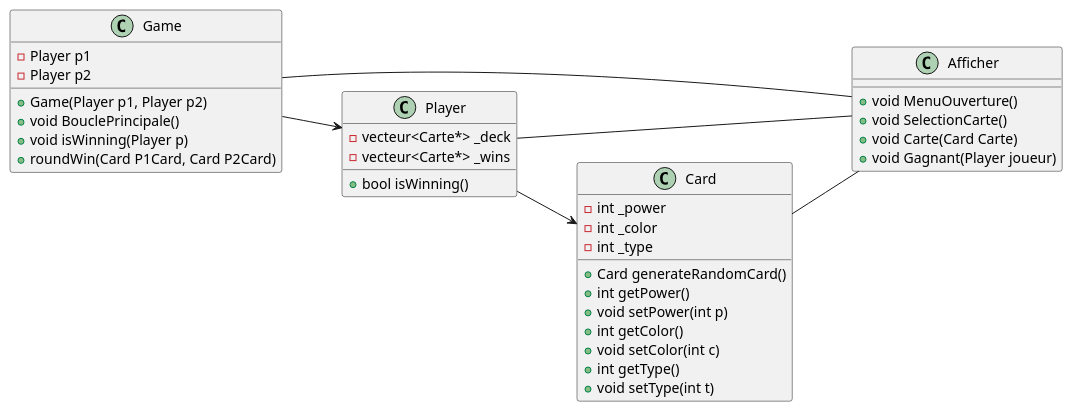
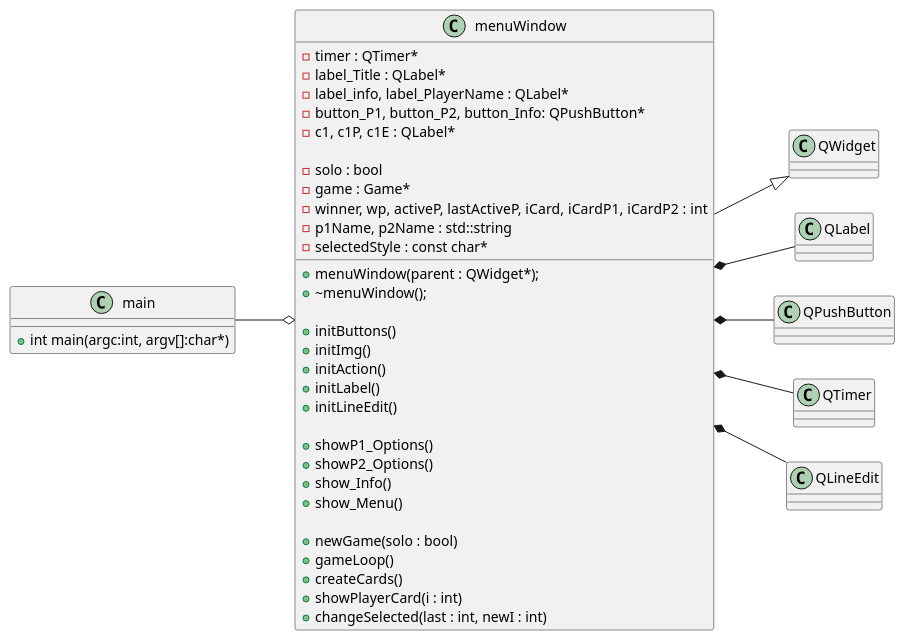
The diagram in UML/Classes.plantuml (mazacra/CardJistu), drawn with PlantUML before and after one commit. The commit also changed 11 other files, not shown here.

```diff
--- a/UML/Classes.plantuml
+++ b/UML/Classes.plantuml
@@ -1,50 +1,60 @@
 @startuml Classes
 left to right direction
 
-class Afficher{
-    + void MenuOuverture()
-    + void SelectionCarte()
-    + void Carte(Card Carte)
-    + void Gagnant(Player joueur)
-
+class main{
+    + int main(argc:int, argv[]:char*)
 }
 
-class Game{
-    - Player p1
-    - Player p2
+class menuWindow{
+    - timer : QTimer*
+	- label_Title : QLabel*
+	- label_info, label_PlayerName : QLabel* 
+	- button_P1, button_P2, button_Info: QPushButton*
+	- c1, c1P, c1E : QLabel* 
 
-    + Game(Player p1, Player p2)
-    + void BouclePrincipale()
-    + void isWinning(Player p)
-    + roundWin(Card P1Card, Card P2Card)
+	- solo : bool
+	- game : Game*
+	- winner, wp, activeP, lastActiveP, iCard, iCardP1, iCardP2 : int
+	- p1Name, p2Name : std::string
+	- selectedStyle : const char*
+
+    + menuWindow(parent : QWidget*);
+	+ ~menuWindow();
+
+	+ initButtons()
+	+ initImg()
+	+ initAction()
+	+ initLabel()
+	+ initLineEdit()
+
+	+ showP1_Options()
+	+ showP2_Options()
+	+ show_Info()
+	+ show_Menu()
+
+	+ newGame(solo : bool)
+	+ gameLoop()
+	+ createCards()
+	+ showPlayerCard(i : int)
+	+ changeSelected(last : int, newI : int)
 }
 
-class Card{
-    - int _power
-    - int _color
-    - int _type
-
-    + Card generateRandomCard()
-    + int getPower()
-    + void setPower(int p)
-    + int getColor()
-    + void setColor(int c)
-    + int getType()
-    + void setType(int t)
+class QWidget{
+}
+class QLabel{
+}
+class QPushButton{
+}
+class QTimer{
+}
+class QLineEdit{
 }
 
-class Player{
-    - vecteur<Carte*> _deck
-    - vecteur<Carte*> _wins
-
-    + bool isWinning()
-}
-
-Player --> Card
-Game --> Player
-
-Game -- Afficher
-Card -- Afficher
-Player -- Afficher
+main --o menuWindow
+menuWindow *-- QTimer
+menuWindow *-- QPushButton
+menuWindow *-- QLineEdit
+menuWindow *-- QLabel
+menuWindow --|> QWidget
 
 @enduml
```
